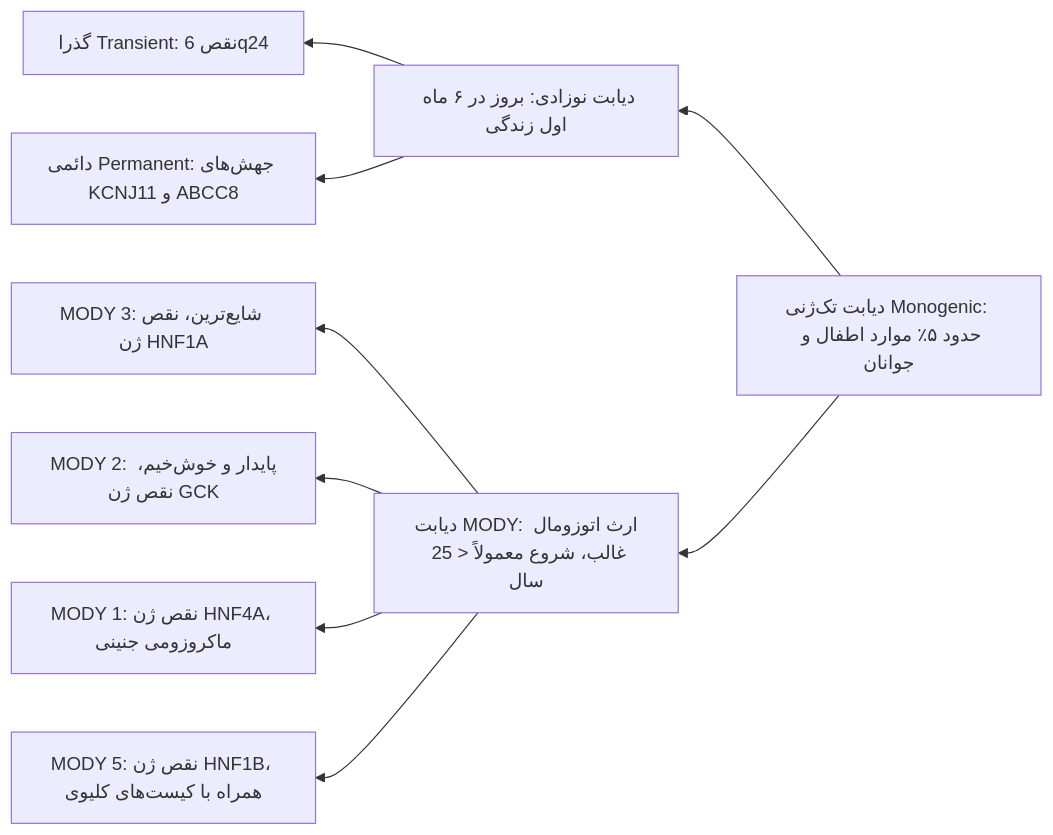
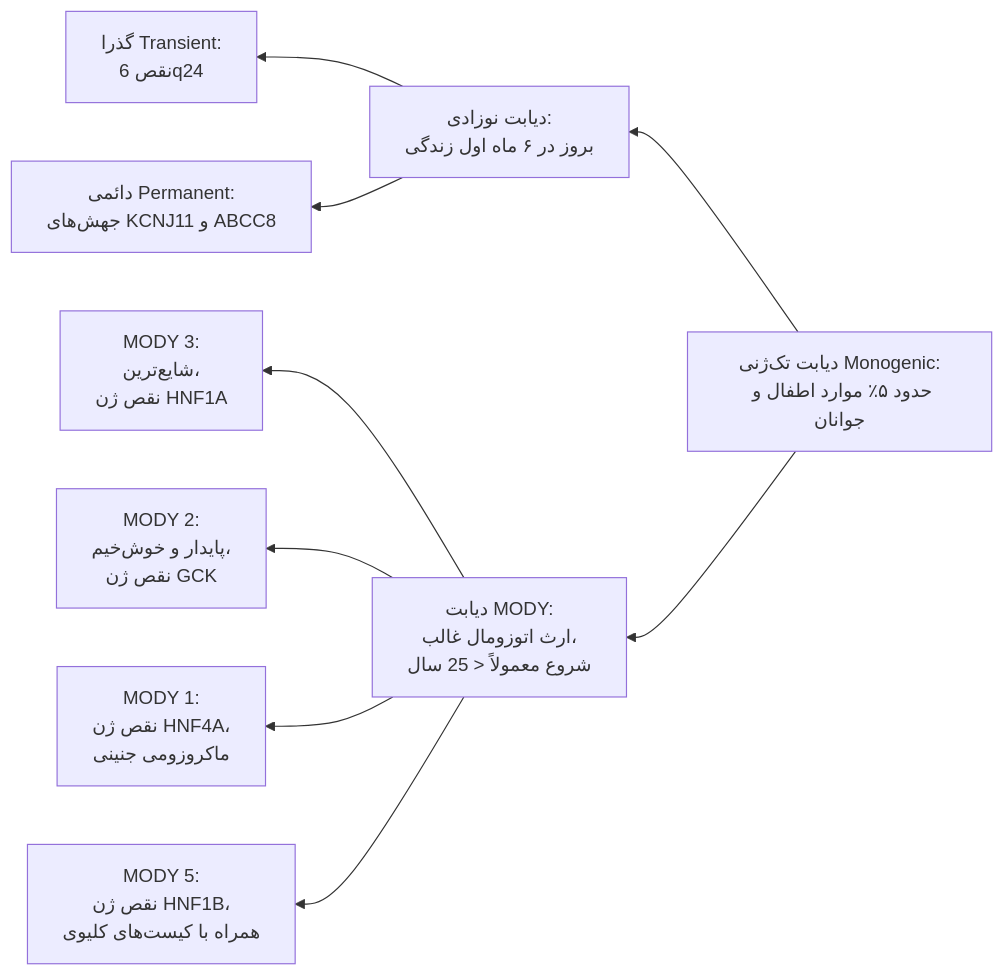
The seventh of 10 diagrams in 07/مبانی غدد/دیابت شیرین.md (neopulse-hub/TUMS-1402-1-neo), drawn with Mermaid before and after one commit. The commit also changed other lines of this file, not shown here.

Commit message:
Update دیابت شیرین.md

````diff
--- a/07/مبانی غدد/دیابت شیرین.md
+++ b/07/مبانی غدد/دیابت شیرین.md
@@ -288,13 +288,13 @@
 ```mermaid
 flowchart RL
-    Mono[دیابت تک‌ژنی Monogenic: حدود ۵٪ موارد اطفال و جوانان] --> Neo[دیابت نوزادی: بروز در ۶ ماه اول زندگی]
-    Mono --> MODY[دیابت MODY: ارث اتوزومال غالب، شروع معمولاً < 25 سال]
+    Mono[دیابت تک‌ژنی Monogenic:<br>حدود ۵٪ موارد اطفال و جوانان] --> Neo[دیابت نوزادی:<br>بروز در ۶ ماه اول زندگی]
+    Mono --> MODY[دیابت MODY:<br>ارث اتوزومال غالب،<br>شروع معمولاً < 25 سال]
     
-    Neo --> NeoTrans[گذرا Transient: نقص 6q24]
-    Neo --> NeoPerm[دائمی Permanent: جهش‌های KCNJ11 و ABCC8]
+    Neo --> NeoTrans[گذرا Transient:<br>نقص 6q24]
+    Neo --> NeoPerm[دائمی Permanent:<br>جهش‌های KCNJ11 و ABCC8]
     
-    MODY --> M3[MODY 3: شایع‌ترین، نقص ژن HNF1A]
-    MODY --> M2[MODY 2: پایدار و خوش‌خیم، نقص ژن GCK]
-    MODY --> M1[MODY 1: نقص ژن HNF4A، ماکروزومی جنینی]
-    MODY --> M5[MODY 5: نقص ژن HNF1B، همراه با کیست‌های کلیوی]
+    MODY --> M3[MODY 3:<br>شایع‌ترین،<br>نقص ژن HNF1A]
+    MODY --> M2[MODY 2:<br>پایدار و خوش‌خیم،<br>نقص ژن GCK]
+    MODY --> M1[MODY 1:<br>نقص ژن HNF4A،<br>ماکروزومی جنینی]
+    MODY --> M5[MODY 5:<br>نقص ژن HNF1B،<br>همراه با کیست‌های کلیوی]
 ```
````
